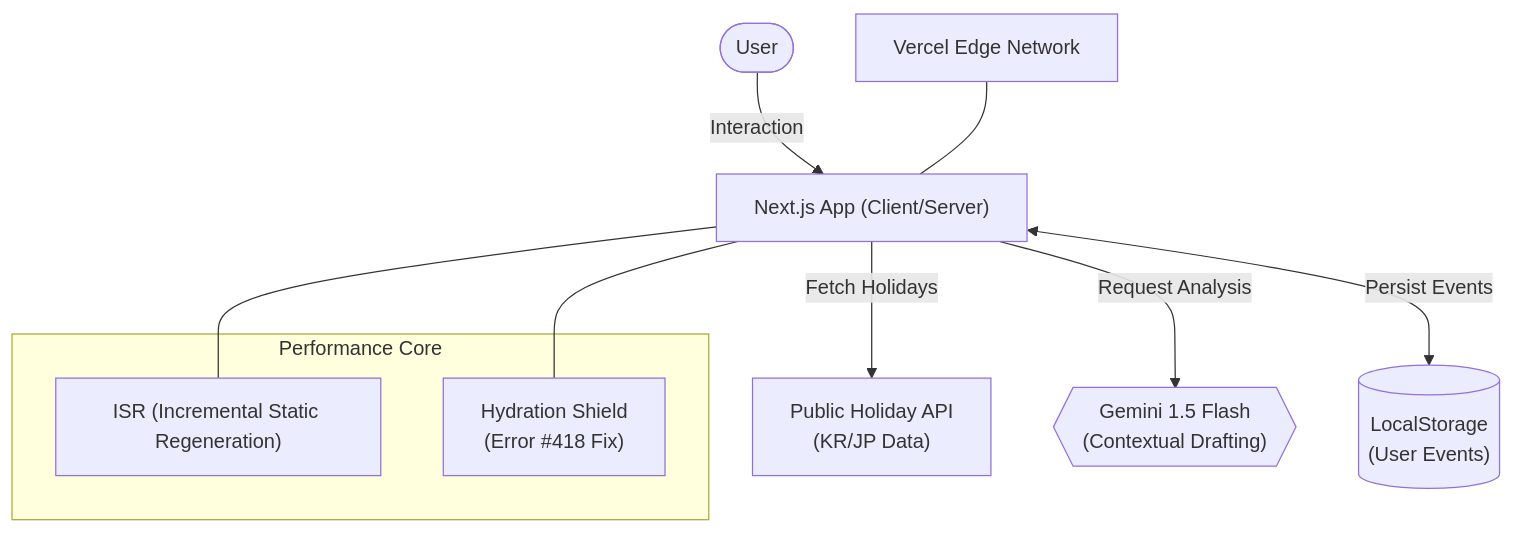
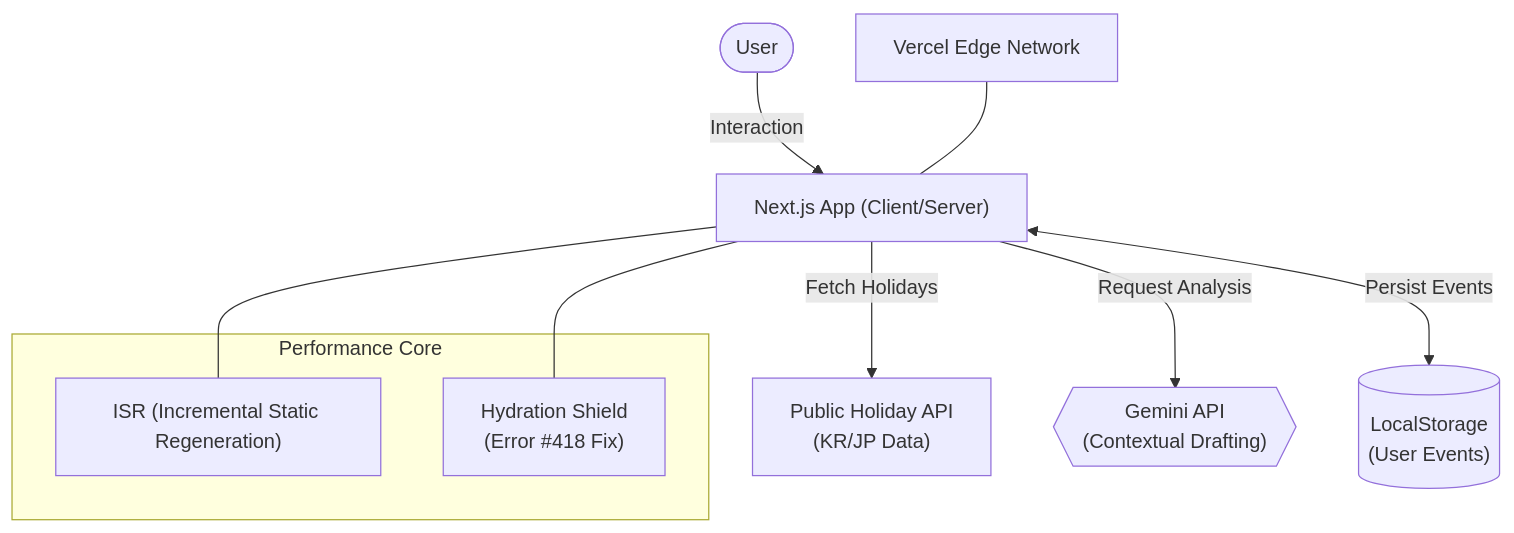
Before and after one commit to 2daKaizen-gun/jp-kr-schedule-bridge: the diagram in README.md, drawn with Mermaid.

Commit message:
docs: README.md

````diff
--- a/README.md
+++ b/README.md
@@ -37,23 +37,23 @@
 ```mermaid
 graph TD
     User(["User"])
     NextJS["Next.js App (Client/Server)"]
     HolidayAPI["Public Holiday API<br/>(KR/JP Data)"]
-    Gemini{{"Gemini 1.5 Flash<br/>(Contextual Drafting)"}}
+    Gemini{{"Gemini API <br/>(Contextual Drafting)"}}
     Storage[("LocalStorage<br/>(User Events)")]
     Vercel["Vercel Edge Network"]
 
     User -->|Interaction| NextJS
     NextJS -->|Fetch Holidays| HolidayAPI
     NextJS <-->|Persist Events| Storage
     NextJS -->|Request Analysis| Gemini
     
     subgraph "Performance Core"
         ISR["ISR (Incremental Static Regeneration)"]
         Hydration["Hydration Shield<br/>(Error #418 Fix)"]
     end
     
     NextJS --- ISR
     NextJS --- Hydration
     Vercel --- NextJS
 ```
````
